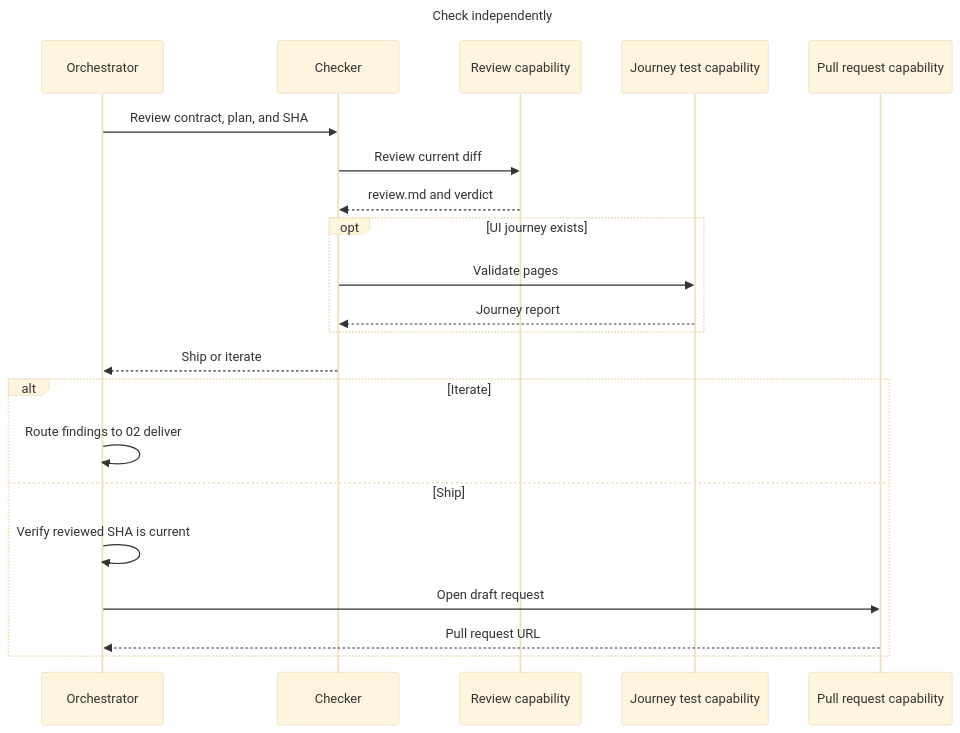
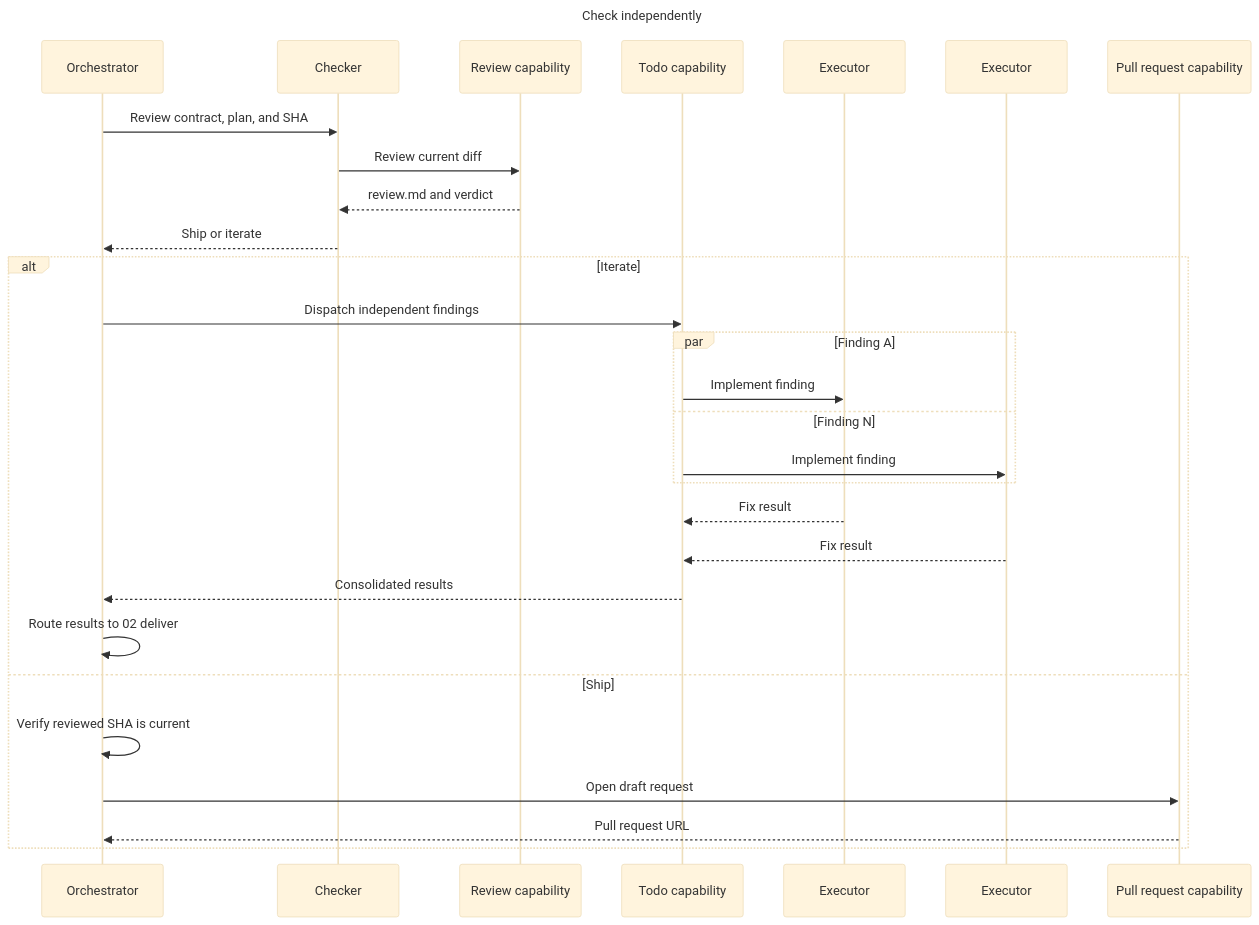
Before and after one commit to ai-driven-dev/aidd-framework: the diagram in plugins/aidd-orchestrator/skills/01-sdlc/references/03-check.md, drawn with Mermaid (base theme). The commit also changed other lines of this file and 2 other files, not shown here.

Commit message:
refactor(orchestrator): parallelize review fixes

````diff
--- a/plugins/aidd-orchestrator/skills/01-sdlc/references/03-check.md
+++ b/plugins/aidd-orchestrator/skills/01-sdlc/references/03-check.md
@@ -5,27 +5,34 @@
 ```mermaid
 ---
 title: Check independently
 ---
 sequenceDiagram
   participant Orchestrator
   participant Checker
   participant Review as Review capability
-  participant Journey as Journey test capability
+  participant Todo as Todo capability
+  participant ExecutorA as Executor
+  participant ExecutorN as Executor
   participant PullRequest as Pull request capability
 
   Orchestrator->>Checker: Review contract, plan, and SHA
   Checker->>Review: Review current diff
   Review-->>Checker: review.md and verdict
-  opt UI journey exists
-    Checker->>Journey: Validate pages
-    Journey-->>Checker: Journey report
-  end
   Checker-->>Orchestrator: Ship or iterate
   alt Iterate
-    Orchestrator->>Orchestrator: Route findings to 02 deliver
+    Orchestrator->>Todo: Dispatch independent findings
+    par Finding A
+      Todo->>ExecutorA: Implement finding
+    and Finding N
+      Todo->>ExecutorN: Implement finding
+    end
+    ExecutorA-->>Todo: Fix result
+    ExecutorN-->>Todo: Fix result
+    Todo-->>Orchestrator: Consolidated results
+    Orchestrator->>Orchestrator: Route results to 02 deliver
   else Ship
     Orchestrator->>Orchestrator: Verify reviewed SHA is current
     Orchestrator->>PullRequest: Open draft request
     PullRequest-->>Orchestrator: Pull request URL
   end
 ```
````
